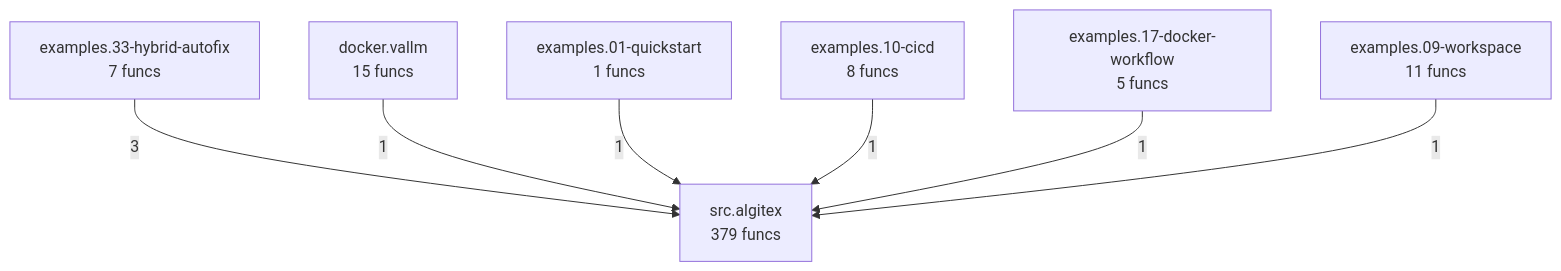
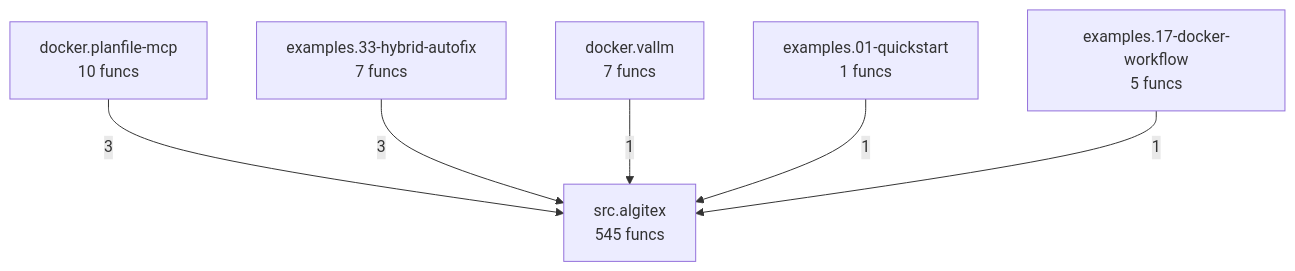
One commit to semcod/algitex changed the diagram in project/compact_flow.mmd. Above: the diagram before and after it, drawn with Mermaid. The commit also changed 70 other files, not shown here.

```diff
--- a/project/compact_flow.mmd
+++ b/project/compact_flow.mmd
@@ -1,14 +1,12 @@
 flowchart TD
-    docker__vallm["docker.vallm<br/>15 funcs"]
+    docker__planfile_mcp["docker.planfile-mcp<br/>10 funcs"]
+    docker__vallm["docker.vallm<br/>7 funcs"]
     examples__01_quickstart["examples.01-quickstart<br/>1 funcs"]
-    examples__09_workspace["examples.09-workspace<br/>11 funcs"]
-    examples__10_cicd["examples.10-cicd<br/>8 funcs"]
     examples__17_docker_workflow["examples.17-docker-workflow<br/>5 funcs"]
     examples__33_hybrid_autofix["examples.33-hybrid-autofix<br/>7 funcs"]
-    src__algitex["src.algitex<br/>379 funcs"]
+    src__algitex["src.algitex<br/>545 funcs"]
+    docker__planfile_mcp -->|3| src__algitex
     examples__33_hybrid_autofix -->|3| src__algitex
     docker__vallm -->|1| src__algitex
     examples__01_quickstart -->|1| src__algitex
-    examples__10_cicd -->|1| src__algitex
     examples__17_docker_workflow -->|1| src__algitex
-    examples__09_workspace -->|1| src__algitex
```
